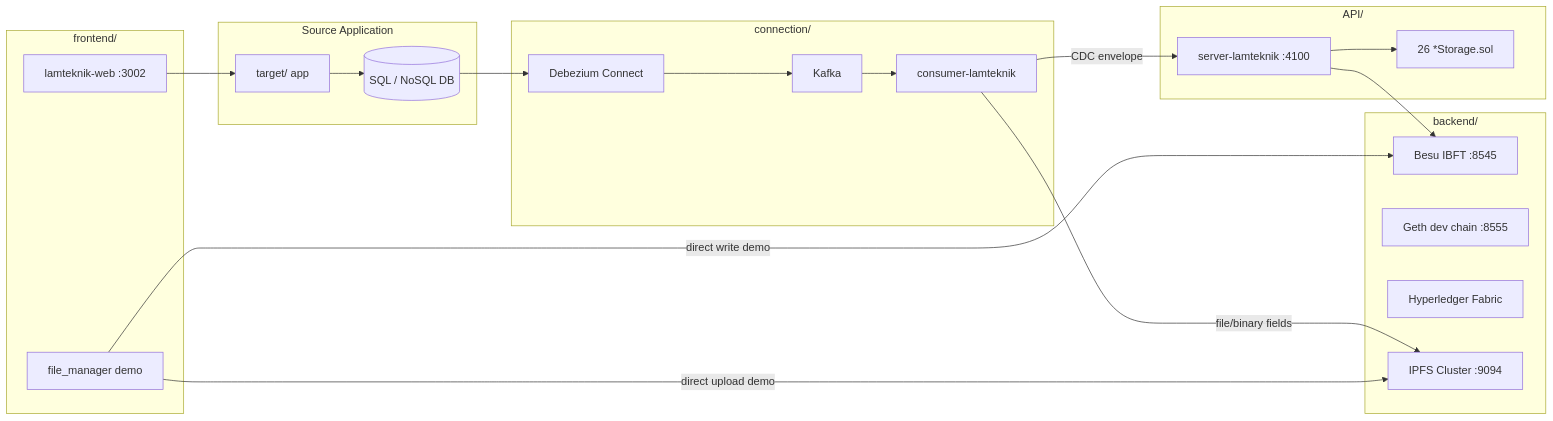
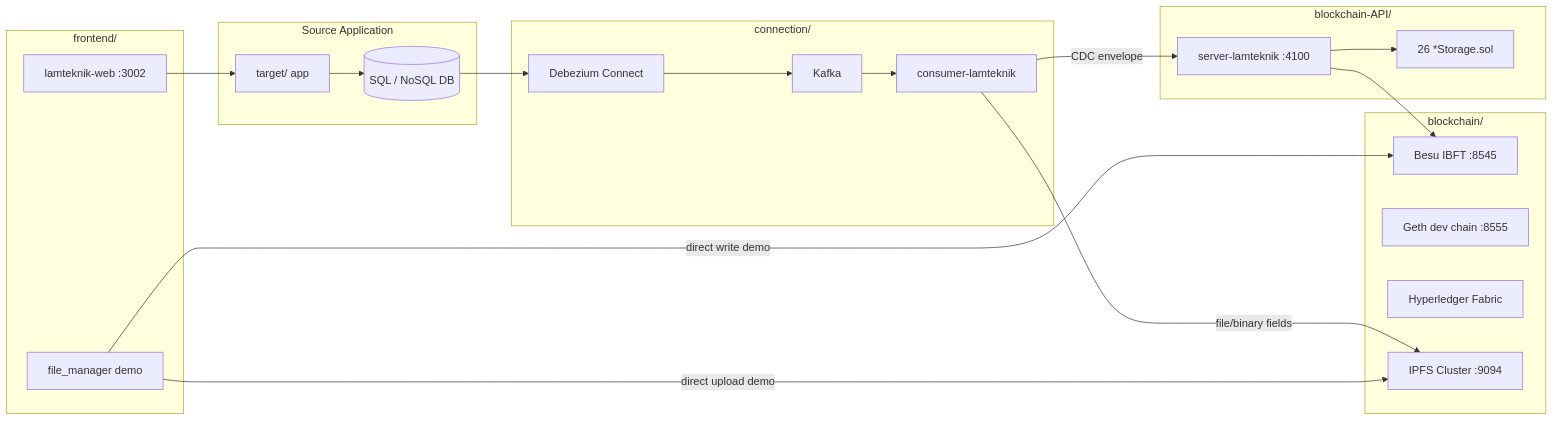
One commit to DeITdev/lamteknik-blockchain changed the diagram in context/project-overview.md. Above: the diagram before and after it, drawn with Mermaid. The commit also changed other lines of this file and 1042 other files, not shown here.

````diff
--- a/context/project-overview.md
+++ b/context/project-overview.md
@@ -13,39 +13,39 @@
 ```mermaid
 flowchart LR
   subgraph source [Source Application]
     TargetApp[target/ app]
     SourceDB[(SQL / NoSQL DB)]
   end
 
   subgraph connection [connection/]
     Debezium[Debezium Connect]
     Kafka[Kafka]
     Consumer[consumer-lamteknik]
   end
 
-  subgraph backend [backend/]
+  subgraph blockchain [blockchain/]
     Besu[Besu IBFT :8545]
     Geth[Geth dev chain :8555]
     Fabric[Hyperledger Fabric]
     IPFS[IPFS Cluster :9094]
   end
 
-  subgraph api [API/]
+  subgraph api [blockchain-API/]
     RestAPI[server-lamteknik :4100]
     Contracts["26 *Storage.sol"]
   end
 
   subgraph frontend [frontend/]
     FileManager[file_manager demo]
     LamteknikWeb[lamteknik-web :3002]
   end
 
   TargetApp --> SourceDB
   SourceDB --> Debezium --> Kafka --> Consumer
   Consumer -->|file/binary fields| IPFS
   Consumer -->|CDC envelope| RestAPI --> Besu
   RestAPI --> Contracts
   FileManager -->|direct upload demo| IPFS
   FileManager -->|direct write demo| Besu
   LamteknikWeb --> TargetApp
 ```
````
